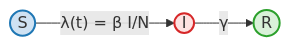
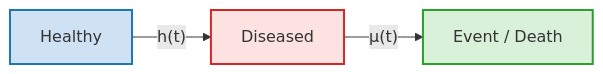
Before and after one commit to tasnim-mafiz/lorentz_center_workshop: the second of 8 diagrams in assets/presentations/intro_idm_for_survival.qmd, drawn with Mermaid. The commit also changed other lines of this file, not shown here.

````diff
--- a/assets/presentations/intro_idm_for_survival.qmd
+++ b/assets/presentations/intro_idm_for_survival.qmd
@@ -349,12 +148,9 @@
 ```{mermaid}
-%%| fig-width: 9
+%%| fig-width: 4.5
 flowchart LR
-  S((S)) -->|"&lambda;(t) = &beta; I/N"| I((I))
-  I -->|"&gamma;"| R((R))
+  H[Healthy]:::s -->|"h(t)"| D[Diseased]:::i
+  D -->|"μ(t)"| E[Event / Death]:::r
   classDef s fill:#cfe2f3,stroke:#1f77b4,stroke-width:2px
   classDef i fill:#fde2e2,stroke:#d62728,stroke-width:2px
   classDef r fill:#d9f1d9,stroke:#2ca02c,stroke-width:2px
-  class S s
-  class I i
-  class R r
 ```
````
